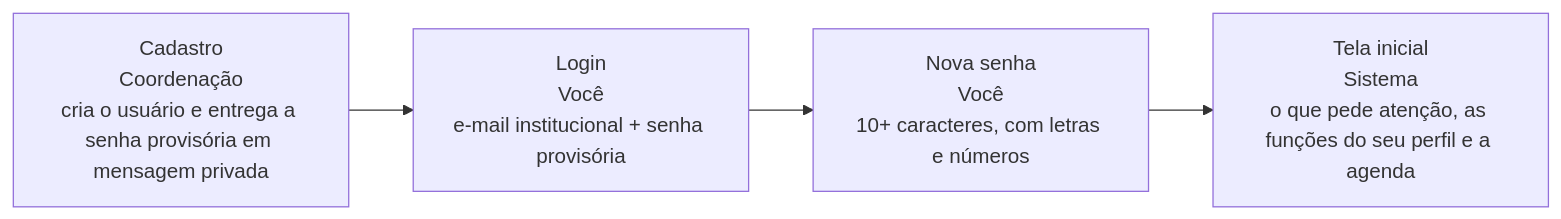
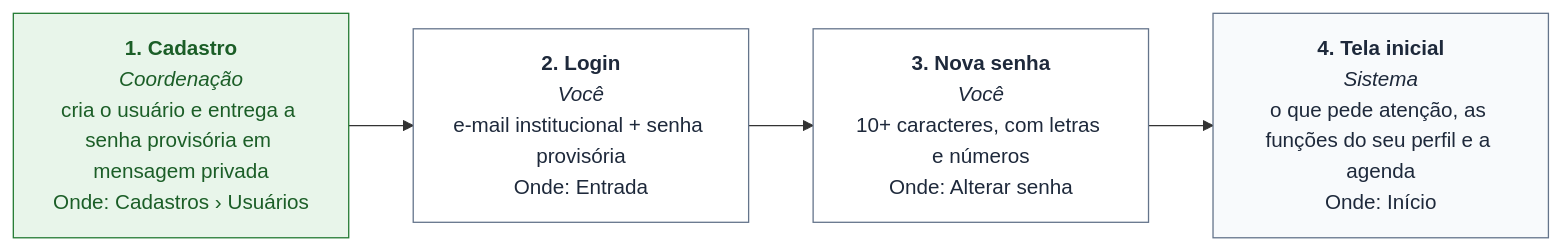
The first of 14 diagrams in docs/MANUAL_DO_USUARIO.md (cctrc-bvg/sgc-redes-bvg), drawn with Mermaid before and after one commit. The commit also changed other lines of this file and 109 other files, not shown here.

````diff
--- a/docs/MANUAL_DO_USUARIO.md
+++ b/docs/MANUAL_DO_USUARIO.md
@@ -47,10 +48,15 @@
 ```mermaid
 flowchart LR
-  E0["Cadastro<br/>Coordenação<br/>cria o usuário e entrega a senha provisória em mensagem privada"]
-  E1["Login<br/>Você<br/>e-mail institucional + senha provisória"]
+  classDef gestao fill:#e8f5ea,stroke:#237a32,color:#1b5e27
+  classDef docencia fill:#e8f0fb,stroke:#1d5fb8,color:#174a8f
+  classDef setor fill:#fffbeb,stroke:#d97706,color:#78350f
+  classDef sistema fill:#f8fafc,stroke:#64748b,color:#1e293b
+  classDef todos fill:#ffffff,stroke:#64748b,color:#1e293b
+  E0["<b>1. Cadastro</b><br/><i>Coordenação</i><br/>cria o usuário e entrega a senha provisória em mensagem privada<br/>Onde: Cadastros › Usuários"]:::gestao
+  E1["<b>2. Login</b><br/><i>Você</i><br/>e-mail institucional + senha provisória<br/>Onde: Entrada"]:::todos
   E0 --> E1
-  E2["Nova senha<br/>Você<br/>10+ caracteres, com letras e números"]
+  E2["<b>3. Nova senha</b><br/><i>Você</i><br/>10+ caracteres, com letras e números<br/>Onde: Alterar senha"]:::todos
   E1 --> E2
-  E3["Tela inicial<br/>Sistema<br/>o que pede atenção, as funções do seu perfil e a agenda"]
+  E3["<b>4. Tela inicial</b><br/><i>Sistema</i><br/>o que pede atenção, as funções do seu perfil e a agenda<br/>Onde: Início"]:::sistema
   E2 --> E3
 ```
````
